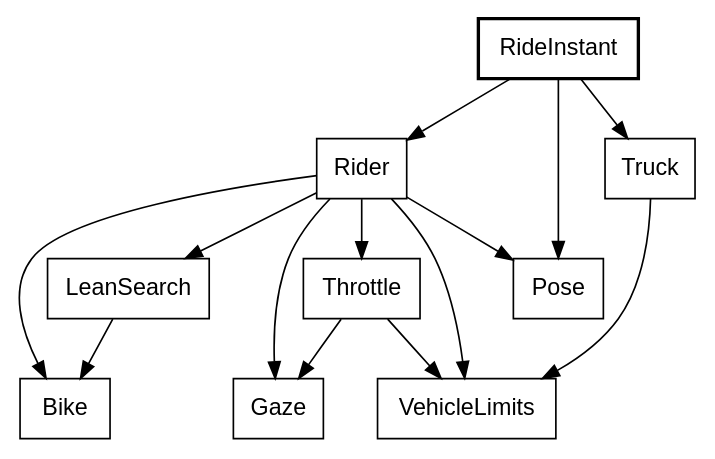
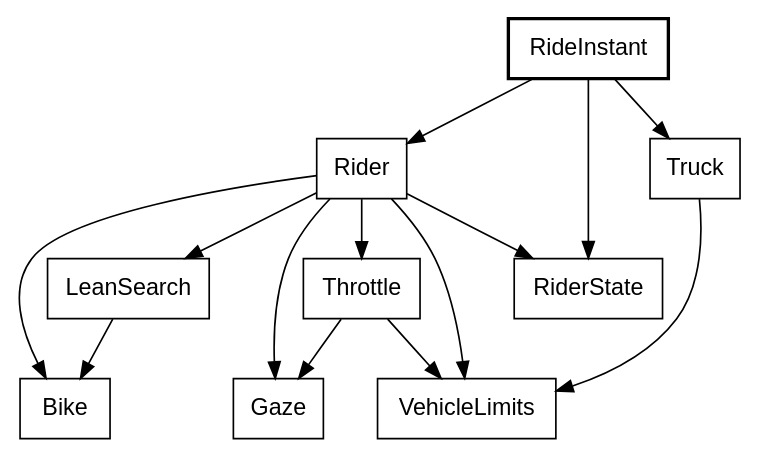
Diagram 13 of 19 in canvas_apps/safari/tutorial/tutorial.md (showell/roc-apps), drawn with Graphviz before and after one commit. The commit also changed other lines of this file and 9 other files, not shown here.

First line of the commit message:
safari: Pose.roc becomes RiderState

````diff
--- a/canvas_apps/safari/tutorial/tutorial.md
+++ b/canvas_apps/safari/tutorial/tutorial.md
@@ -860,19 +860,19 @@
 ```dot
 digraph stepped {
   node [shape=box, fontname="Helvetica"];
   RideInstant [style=bold];
   RideInstant -> Rider;
   RideInstant -> Truck;
-  RideInstant -> Pose;
+  RideInstant -> RiderState;
   Rider -> Bike;
   Rider -> Throttle;
   Rider -> LeanSearch;
   Rider -> Gaze;
-  Rider -> Pose;
+  Rider -> RiderState;
   Rider -> VehicleLimits;
   Truck -> VehicleLimits;
   Throttle -> Gaze;
   Throttle -> VehicleLimits;
   LeanSearch -> Bike;
 }
 ```
````
